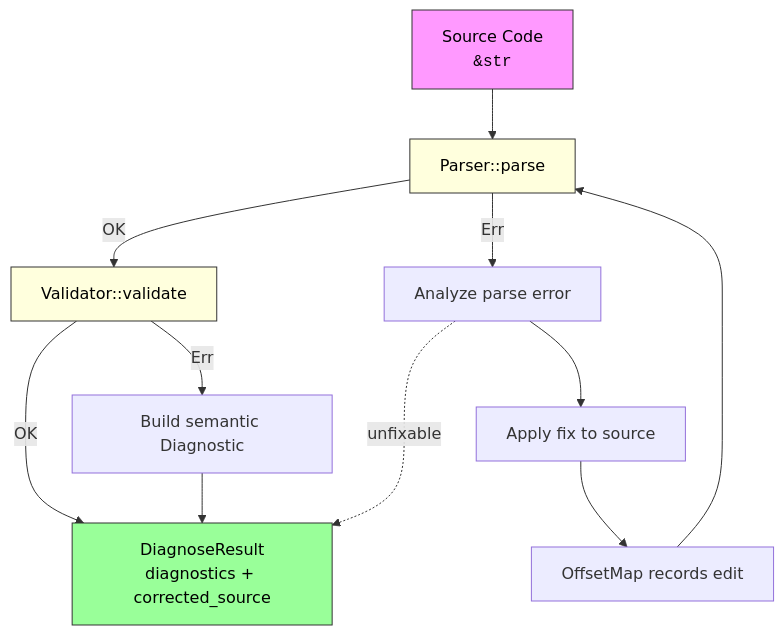
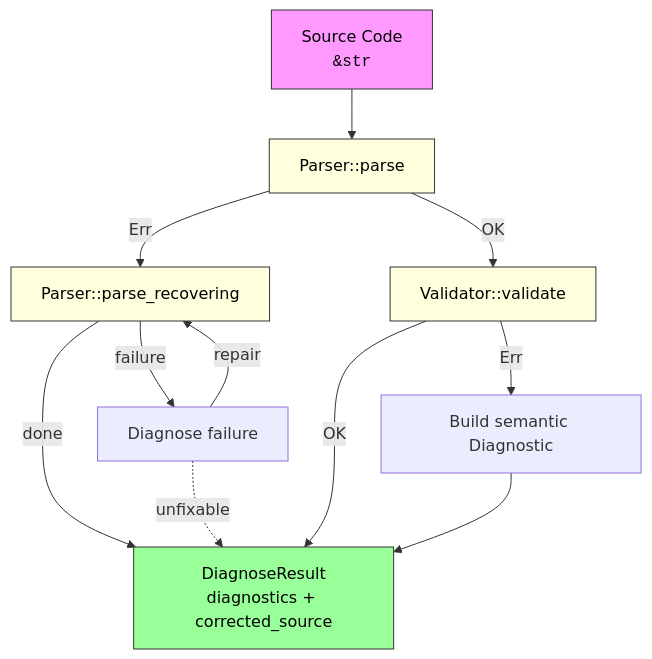
Before and after one commit to toddATavail/xdy: the fourth of 4 diagrams in xdy/README.md, drawn with Mermaid. The commit also changed other lines of this file and 105 other files, not shown here.

````diff
--- a/xdy/README.md
+++ b/xdy/README.md
@@ -173,17 +176,18 @@
 ```mermaid
 graph TD
     S["Source Code<br/><code>&str</code>"] --> P["Parser::parse"]
     P -->|OK| V["Validator::validate"]
-    P -->|Err| A["Analyze parse error"]
-    A --> F["Apply fix to source"]
-    F --> OM["OffsetMap records edit"]
-    OM --> P
-    V -->|OK| DONE["DiagnoseResult<br/>diagnostics + corrected_source"]
+    P -->|Err| R["Parser::parse_recovering"]
+    R -->|failure| A["Diagnose failure"]
+    A -->|repair| R
+    R -->|done| DONE["DiagnoseResult<br/>diagnostics + corrected_source"]
+    A -.unfixable.-> DONE
+    V -->|OK| DONE
     V -->|Err| SEM["Build semantic Diagnostic"]
     SEM --> DONE
-    A -.unfixable.-> DONE
     style S fill:#f9f,stroke:#333,color:#000
     style DONE fill:#9f9,stroke:#333,color:#000
     style P fill:#ffd,stroke:#333,color:#000
+    style R fill:#ffd,stroke:#333,color:#000
     style V fill:#ffd,stroke:#333,color:#000
 ```
````
